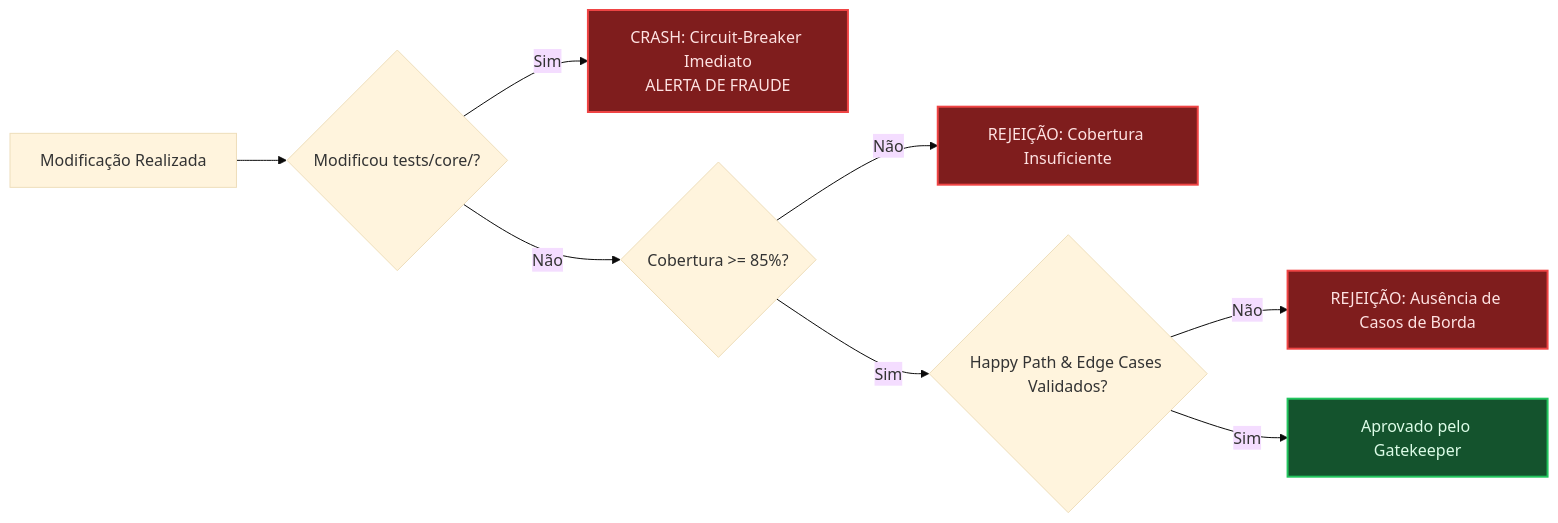
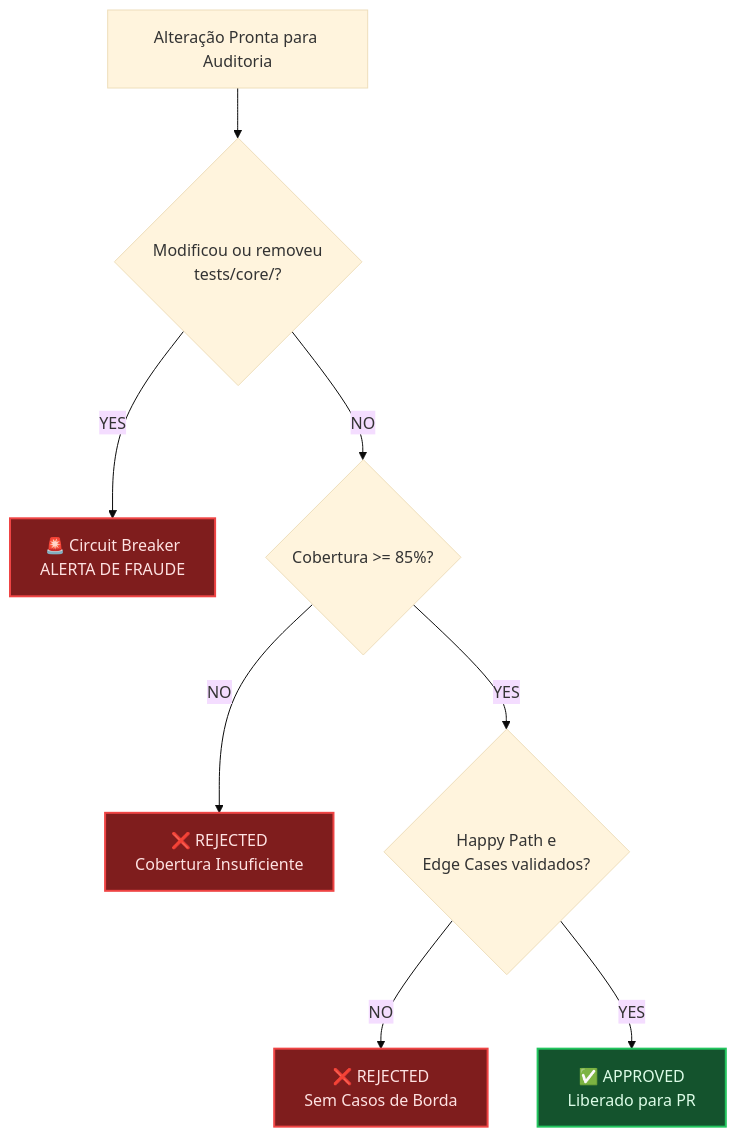
One commit to VitorJacom/my-agents changed the third of 3 diagrams in docs/AIDD-Manifesto.md. Above: the diagram before and after it, drawn with Mermaid (base theme). The commit also changed other lines of this file and 35 other files, not shown here.

````diff
--- a/docs/AIDD-Manifesto.md
+++ b/docs/AIDD-Manifesto.md
@@ -103,15 +103,15 @@
 ```mermaid
-flowchart LR
-    A[Modificação Realizada] --> B{Modificou tests/core/?}
-    B -- Sim --> C[CRASH: Circuit-Breaker Imediato<br/>ALERTA DE FRAUDE]
-    B -- Não --> D{Cobertura >= 85%?}
-    D -- Não --> E[REJEIÇÃO: Cobertura Insuficiente]
-    D -- Sim --> F{Happy Path & Edge Cases Validados?}
-    F -- Não --> G[REJEIÇÃO: Ausência de Casos de Borda]
-    F -- Sim --> H[Aprovado pelo Gatekeeper]
+flowchart TD
+    A["Alteração Pronta para Auditoria"] --> B{"Modificou ou removeu<br/>tests/core/?"}
+    B -- "YES" --> C["🚨 Circuit Breaker<br/>ALERTA DE FRAUDE"]
+    B -- "NO" --> D{"Cobertura >= 85%?"}
+    D -- "NO" --> E["❌ REJECTED<br/>Cobertura Insuficiente"]
+    D -- "YES" --> F{"Happy Path e<br/>Edge Cases validados?"}
+    F -- "NO" --> G["❌ REJECTED<br/>Sem Casos de Borda"]
+    F -- "YES" --> H["✅ APPROVED<br/>Liberado para PR"]
 
     style C fill:#7f1d1d,stroke:#ef4444,stroke-width:2px,color:#fee2e2
     style E fill:#7f1d1d,stroke:#ef4444,stroke-width:2px,color:#fee2e2
     style G fill:#7f1d1d,stroke:#ef4444,stroke-width:2px,color:#fee2e2
     style H fill:#14532d,stroke:#22c55e,stroke-width:2px,color:#dcfce7
 ```
````
